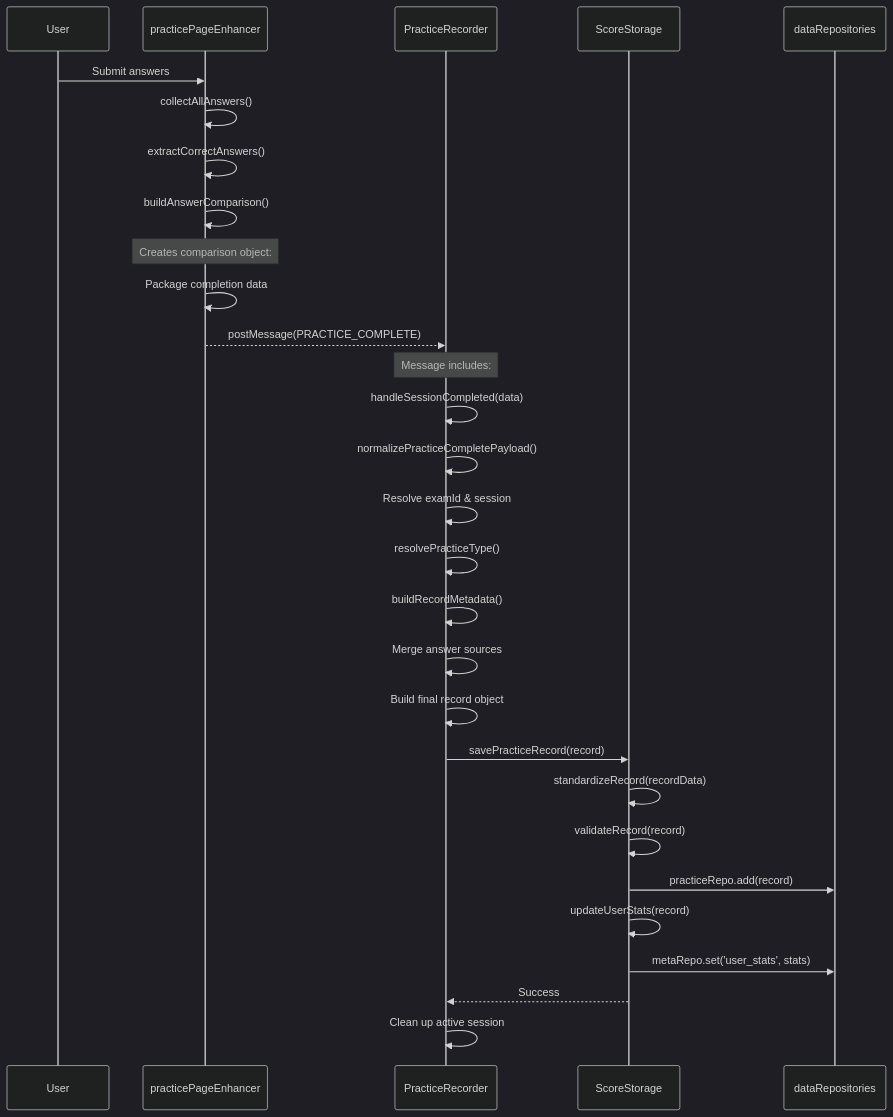
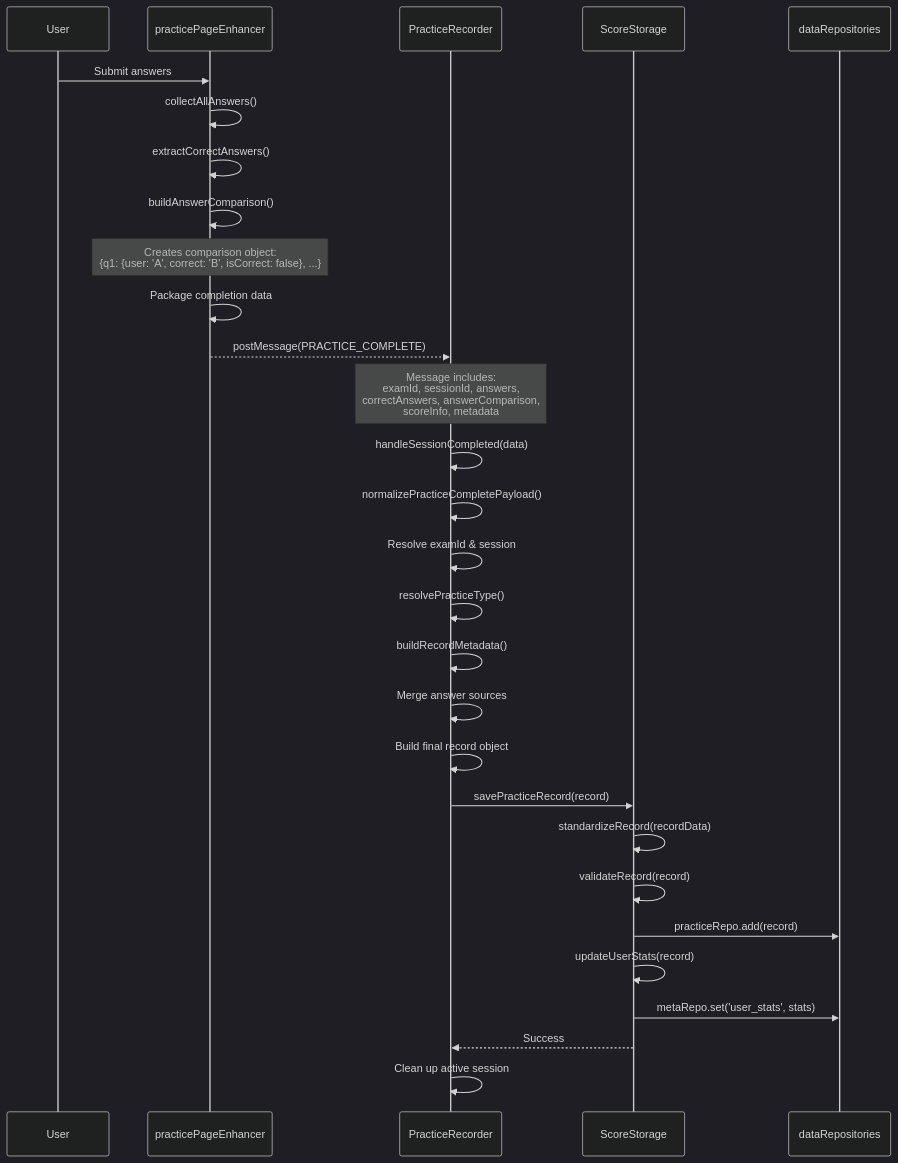
The third of 8 diagrams in developer/doc/Wiki/Practice-Session-System.md (sallowayma-git/IELTS-practice), drawn with Mermaid (dark theme) before and after one commit. The commit also changed other lines of this file and 84 other files, not shown here.

````diff
--- a/developer/doc/Wiki/Practice-Session-System.md
+++ b/developer/doc/Wiki/Practice-Session-System.md
@@ -170,32 +197,32 @@
 ```mermaid
 sequenceDiagram
-  participant User
-  participant practicePageEnhancer
-  participant PracticeRecorder
-  participant ScoreStorage
-  participant dataRepositories
+  participant p1 as User
+  participant p2 as practicePageEnhancer
+  participant p3 as PracticeRecorder
+  participant p4 as ScoreStorage
+  participant p5 as dataRepositories
 
-  User->>practicePageEnhancer: Submit answers
-  practicePageEnhancer->>practicePageEnhancer: collectAllAnswers()
-  practicePageEnhancer->>practicePageEnhancer: extractCorrectAnswers()
-  practicePageEnhancer->>practicePageEnhancer: buildAnswerComparison()
-  note over practicePageEnhancer: Creates comparison object:
-  practicePageEnhancer->>practicePageEnhancer: Package completion data
-  practicePageEnhancer-->>PracticeRecorder: postMessage(PRACTICE_COMPLETE)
-  note over PracticeRecorder: Message includes:
-  PracticeRecorder->>PracticeRecorder: handleSessionCompleted(data)
-  PracticeRecorder->>PracticeRecorder: normalizePracticeCompletePayload()
-  PracticeRecorder->>PracticeRecorder: Resolve examId & session
-  PracticeRecorder->>PracticeRecorder: resolvePracticeType()
-  PracticeRecorder->>PracticeRecorder: buildRecordMetadata()
-  PracticeRecorder->>PracticeRecorder: Merge answer sources
-  PracticeRecorder->>PracticeRecorder: Build final record object
-  PracticeRecorder->>ScoreStorage: savePracticeRecord(record)
-  ScoreStorage->>ScoreStorage: standardizeRecord(recordData)
-  ScoreStorage->>ScoreStorage: validateRecord(record)
-  ScoreStorage->>dataRepositories: practiceRepo.add(record)
-  ScoreStorage->>ScoreStorage: updateUserStats(record)
-  ScoreStorage->>dataRepositories: metaRepo.set('user_stats', stats)
-  ScoreStorage-->>PracticeRecorder: Success
-  PracticeRecorder->>PracticeRecorder: Clean up active session
+  p1->>p2: Submit answers
+  p2->>p2: collectAllAnswers()
+  p2->>p2: extractCorrectAnswers()
+  p2->>p2: buildAnswerComparison()
+  note over p2: Creates comparison object:<br/>{q1: {user: 'A', correct: 'B', isCorrect: false}, ...}
+  p2->>p2: Package completion data
+  p2-->>p3: postMessage(PRACTICE_COMPLETE)
+  note over p3: Message includes:<br/>examId, sessionId, answers,<br/>correctAnswers, answerComparison,<br/>scoreInfo, metadata
+  p3->>p3: handleSessionCompleted(data)
+  p3->>p3: normalizePracticeCompletePayload()
+  p3->>p3: Resolve examId & session
+  p3->>p3: resolvePracticeType()
+  p3->>p3: buildRecordMetadata()
+  p3->>p3: Merge answer sources
+  p3->>p3: Build final record object
+  p3->>p4: savePracticeRecord(record)
+  p4->>p4: standardizeRecord(recordData)
+  p4->>p4: validateRecord(record)
+  p4->>p5: practiceRepo.add(record)
+  p4->>p4: updateUserStats(record)
+  p4->>p5: metaRepo.set('user_stats', stats)
+  p4-->>p3: Success
+  p3->>p3: Clean up active session
 ```
````
